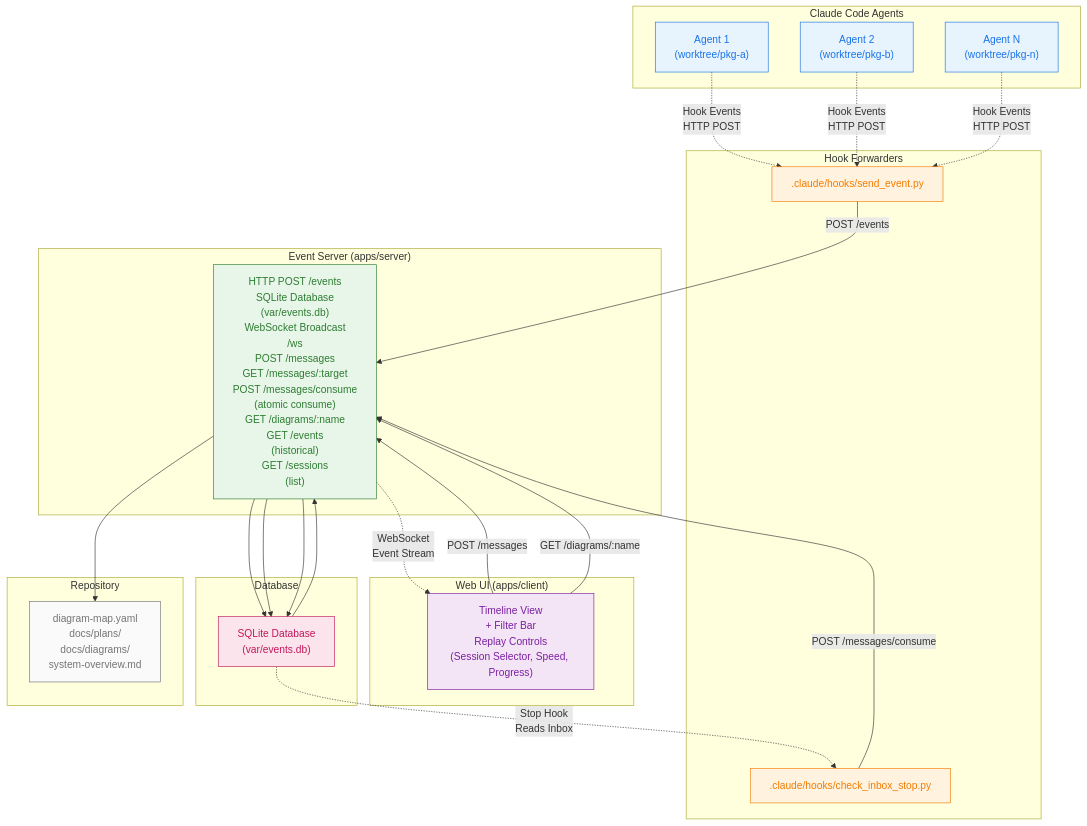
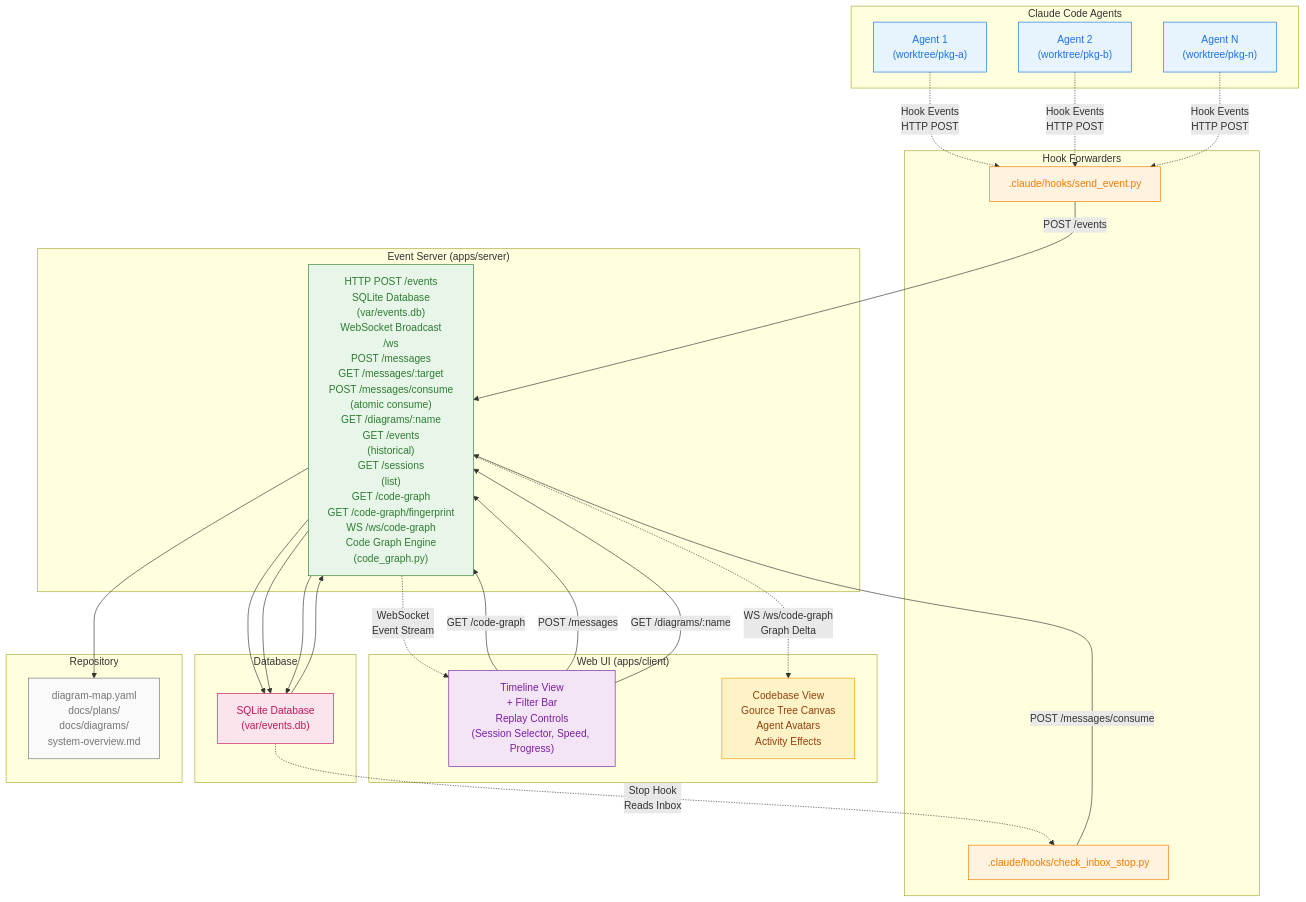
The diagram in docs/diagrams/system-overview.md (RockReuben/zod), drawn with Mermaid before and after one commit. The commit also changed other lines of this file and 15 other files, not shown here.

````diff
--- a/docs/diagrams/system-overview.md
+++ b/docs/diagrams/system-overview.md
@@ -30,7 +30,12 @@
 GET /events
 (historical)
 GET /sessions
-(list)"]
+(list)
+GET /code-graph
+GET /code-graph/fingerprint
+WS /ws/code-graph
+Code Graph Engine
+(code_graph.py)"]
     end
 
     subgraph Client["Web UI (apps/client)"]
@@ -38,6 +43,10 @@
 + Filter Bar
 Replay Controls
 (Session Selector, Speed, Progress)"]
+        node-codebase["Codebase View
+Gource Tree Canvas
+Agent Avatars
+Activity Effects"]
     end
 
     subgraph Database["Database"]
@@ -64,6 +73,9 @@
     node-database --> node-server
     node-server -.->|WebSocket
 Event Stream| node-client
+    node-server -.->|WS /ws/code-graph
+Graph Delta| node-codebase
+    node-client -->|GET /code-graph| node-server
 
     node-client -->|POST /messages| node-server
     node-server --> node-database
@@ -80,6 +92,7 @@
     classDef hook fill:#fff3e0,stroke:#f57c00,color:#f57c00;
     classDef server fill:#e8f5e9,stroke:#2e7d32,color:#2e7d32;
     classDef client fill:#f3e5f5,stroke:#7b1fa2,color:#7b1fa2;
+    classDef codebase fill:#fef3c7,stroke:#f59e0b,color:#92400e;
     classDef database fill:#fce4ec,stroke:#c2185b,color:#c2185b;
     classDef repo fill:#fafafa,stroke:#757575,color:#757575;
 
@@ -87,6 +100,7 @@
     class node-hooks,node-check_inbox hook;
     class node-server server;
     class node-client client;
+    class node-codebase codebase;
     class node-database database;
     class node-planning repo;
 ```
````
